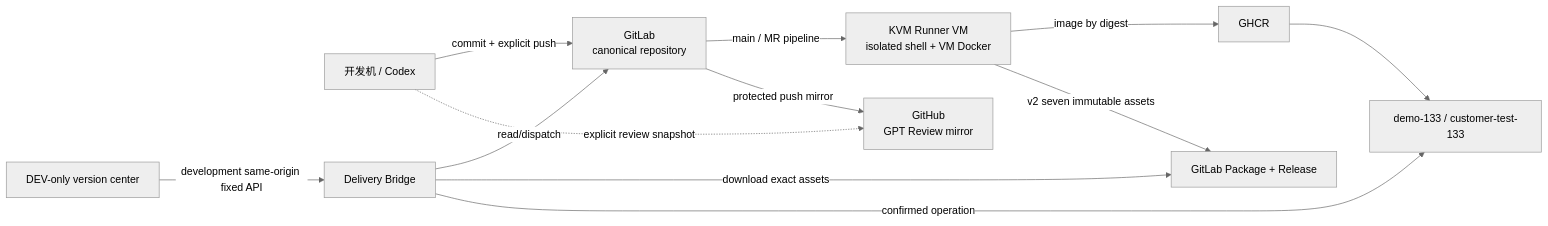
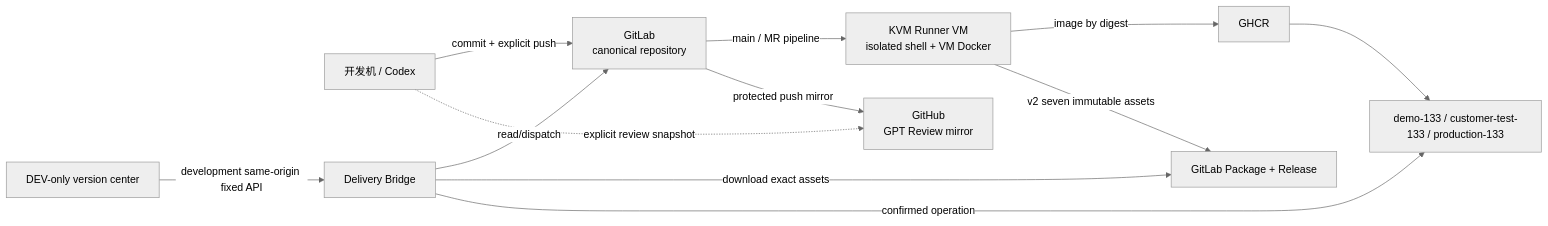
The first of 3 diagrams in docs/engineering/研发效能工作台与CI-CD设计.md (saurick/plush-toy-erp), drawn with Mermaid (neutral theme) before and after one commit. The commit also changed other lines of this file and 12 other files, not shown here.

````diff
--- a/docs/engineering/研发效能工作台与CI-CD设计.md
+++ b/docs/engineering/研发效能工作台与CI-CD设计.md
@@ -28,14 +28,14 @@
 ```mermaid
 flowchart LR
   L["开发机 / Codex"] -->|commit + explicit push| G["GitLab<br/>canonical repository"]
   L -.->|explicit review snapshot| H
   G -->|main / MR pipeline| R["KVM Runner VM<br/>isolated shell + VM Docker"]
   G -->|protected push mirror| H["GitHub<br/>GPT Review mirror"]
   R -->|image by digest| C["GHCR"]
   R -->|v2 seven immutable assets| P["GitLab Package + Release"]
   W["DEV-only version center"] -->|development same-origin fixed API| B["Delivery Bridge"]
   B -->|read/dispatch| G
   B -->|download exact assets| P
-  B -->|confirmed operation| T["demo-133 / customer-test-133"]
+  B -->|confirmed operation| T["demo-133 / customer-test-133 / production-133"]
   C --> T
 ```
````
